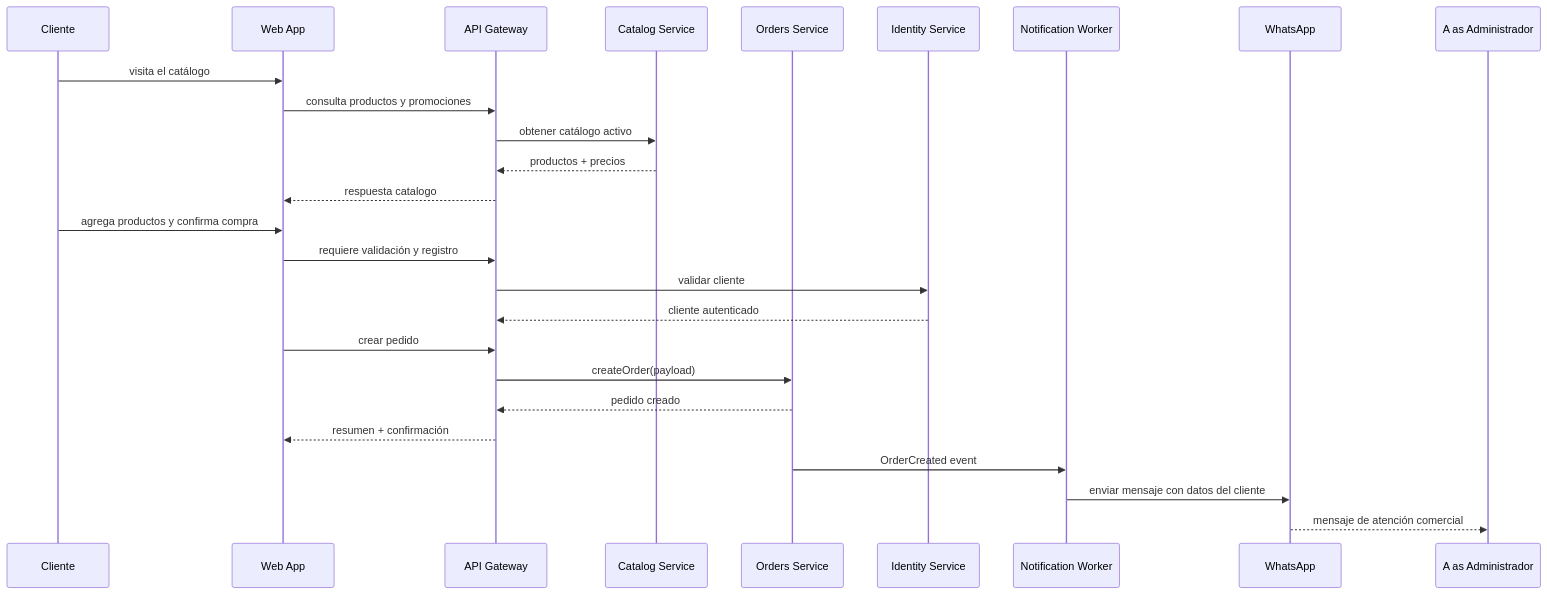
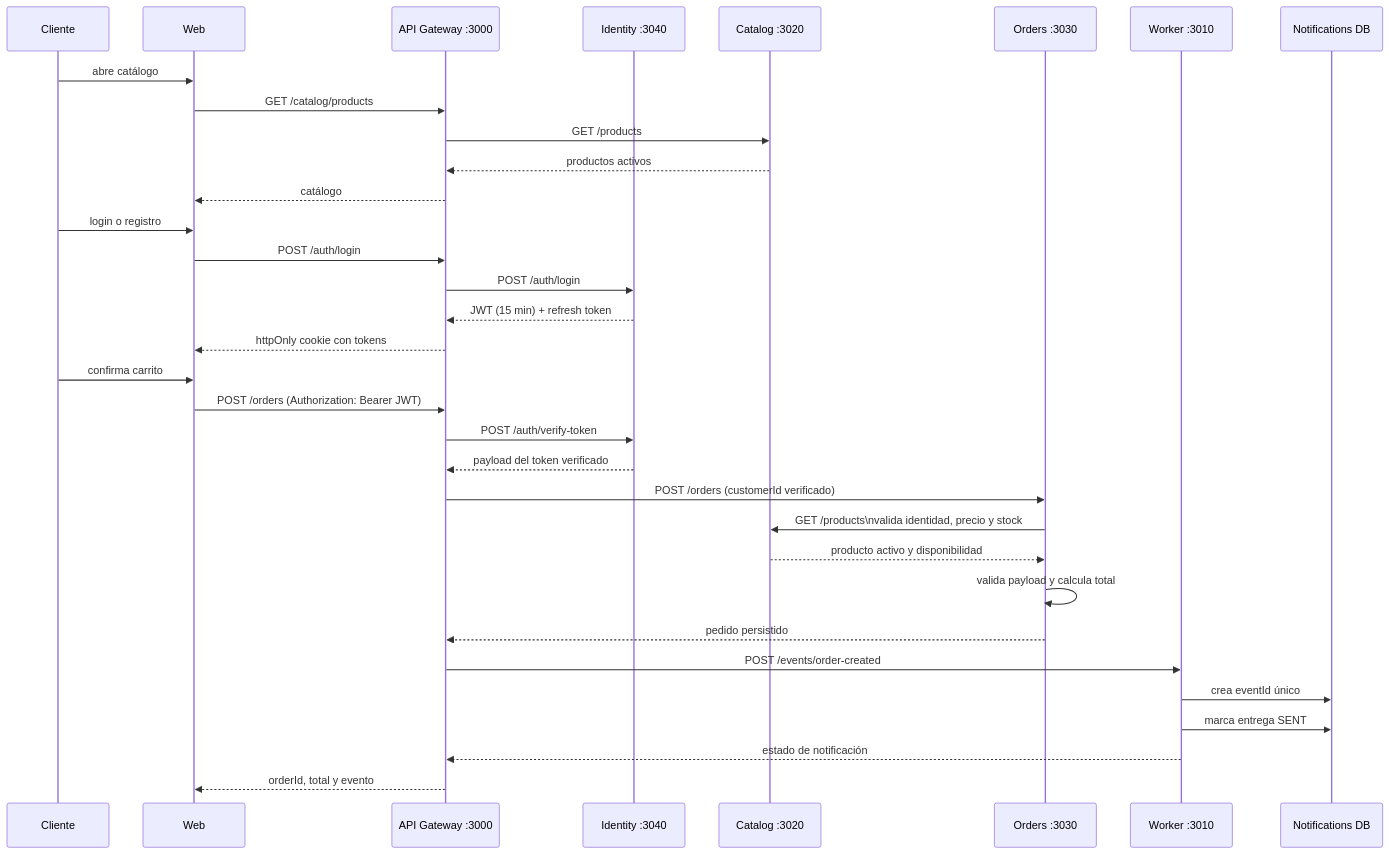
Before and after one commit to HectorARiascosI/mileshop-platform: the fifth of 10 diagrams in docs/wiki/architecture-overview.md, drawn with Mermaid. The commit also changed other lines of this file, not shown here.

Commit message:
docs(arch): update architecture overview with identity service

````diff
--- a/docs/wiki/architecture-overview.md
+++ b/docs/wiki/architecture-overview.md
@@ -160,31 +142,36 @@
 ```mermaid
 sequenceDiagram
     participant C as Cliente
-    participant W as Web App
-    participant G as API Gateway
-    participant CAT as Catalog Service
-    participant ORD as Orders Service
-    participant AUTH as Identity Service
-    participant N as Notification Worker
-    participant WA as WhatsApp
+    participant W as Web
+    participant G as API Gateway :3000
+    participant ID as Identity :3040
+    participant CAT as Catalog :3020
+    participant ORD as Orders :3030
+    participant N as Worker :3010
+    participant NDB as Notifications DB
 
-    C->>W: visita el catálogo
-    W->>G: consulta productos y promociones
-    G->>CAT: obtener catálogo activo
-    CAT-->>G: productos + precios
-    G-->>W: respuesta catalogo
-
-    C->>W: agrega productos y confirma compra
-    W->>G: requiere validación y registro
-    G->>AUTH: validar cliente
-    AUTH-->>G: cliente autenticado
-
-    W->>G: crear pedido
-    G->>ORD: createOrder(payload)
-    ORD-->>G: pedido creado
-    G-->>W: resumen + confirmación
-
-    ORD->>N: OrderCreated event
-    N->>WA: enviar mensaje con datos del cliente
-    WA-->>A as Administrador: mensaje de atención comercial
+    C->>W: abre catálogo
+    W->>G: GET /catalog/products
+    G->>CAT: GET /products
+    CAT-->>G: productos activos
+    G-->>W: catálogo
+    C->>W: login o registro
+    W->>G: POST /auth/login
+    G->>ID: POST /auth/login
+    ID-->>G: JWT (15 min) + refresh token
+    G-->>W: httpOnly cookie con tokens
+    C->>W: confirma carrito
+    W->>G: POST /orders (Authorization: Bearer JWT)
+    G->>ID: POST /auth/verify-token
+    ID-->>G: payload del token verificado
+    G->>ORD: POST /orders (customerId verificado)
+    ORD->>CAT: GET /products\nvalida identidad, precio y stock
+    CAT-->>ORD: producto activo y disponibilidad
+    ORD->>ORD: valida payload y calcula total
+    ORD-->>G: pedido persistido
+    G->>N: POST /events/order-created
+    N->>NDB: crea eventId único
+    N->>NDB: marca entrega SENT
+    N-->>G: estado de notificación
+    G-->>W: orderId, total y evento
 ```
````
